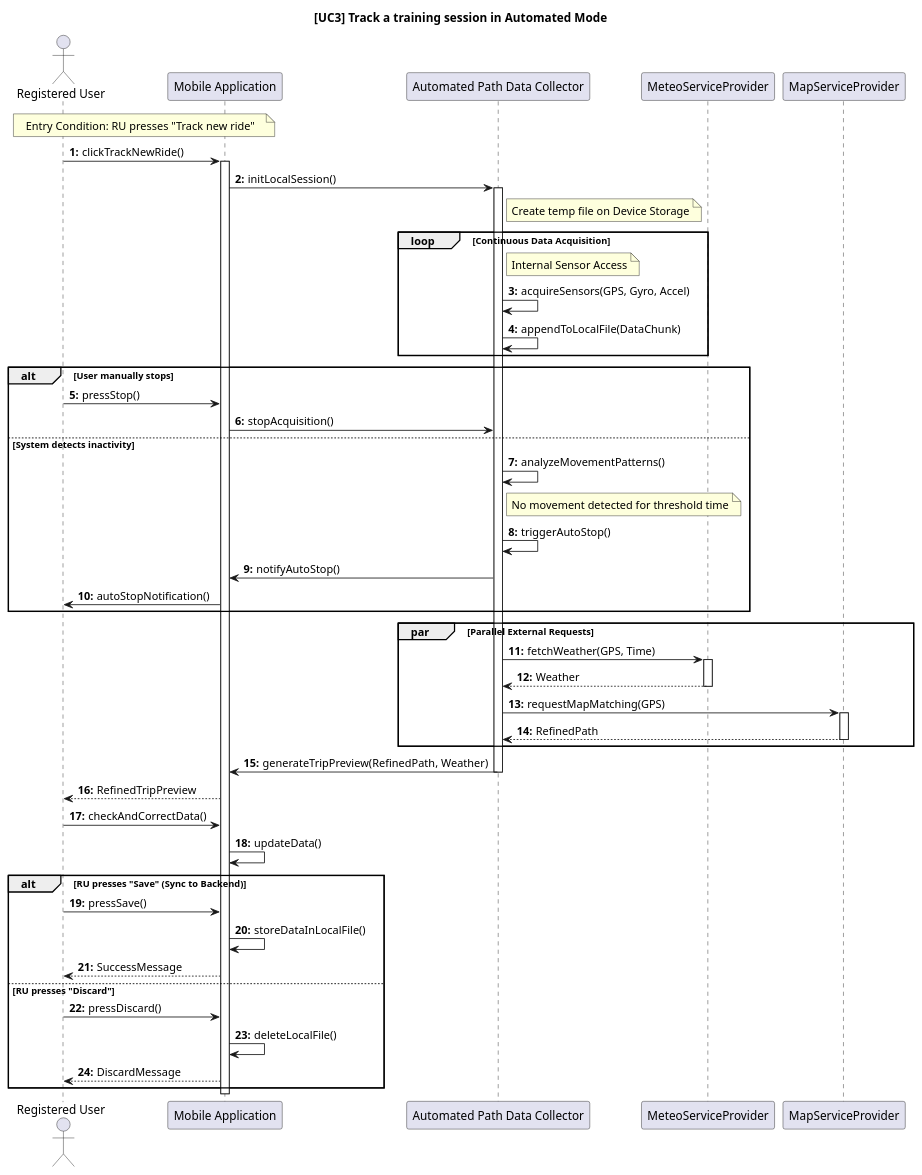
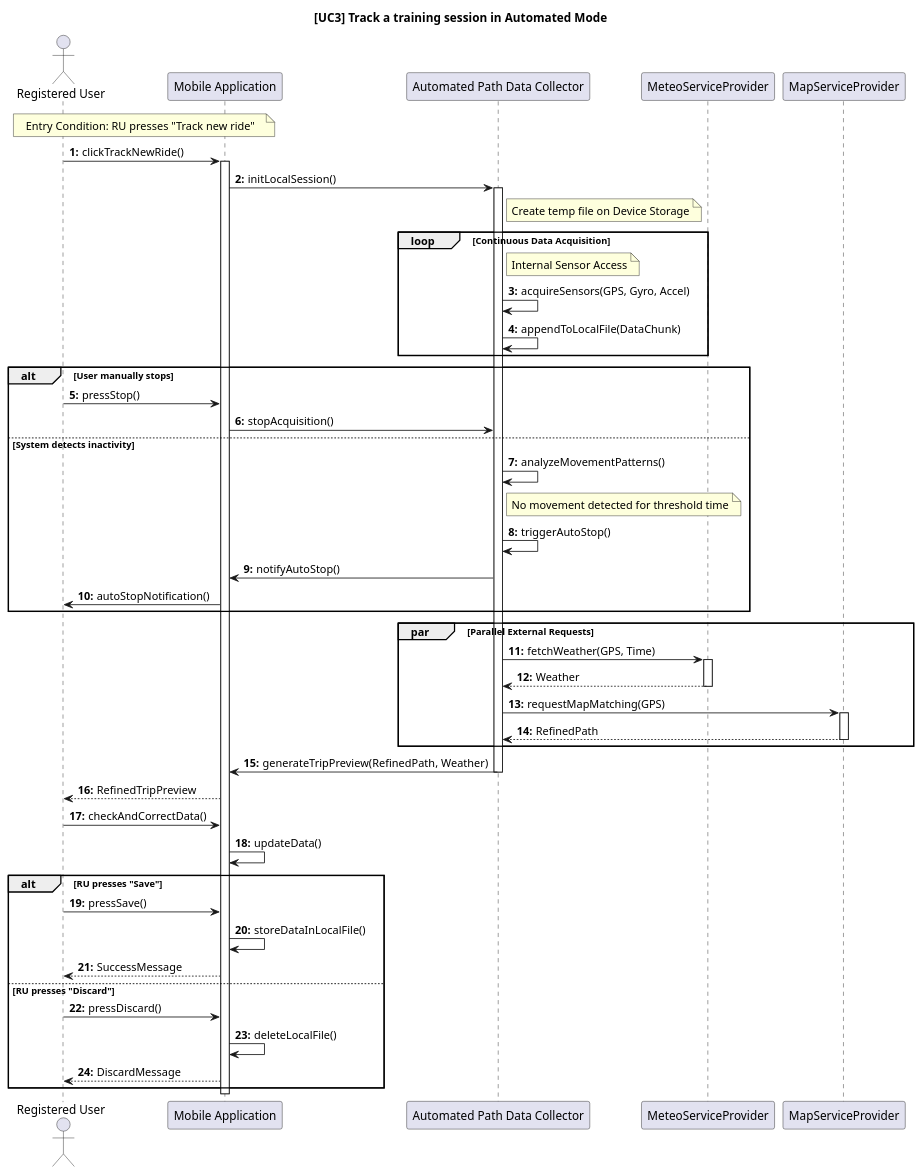
Before and after one commit to ilevinci/RubinoUvinsiVinciguerra: the diagram in DD/sequencediagrams/usecase3.puml, drawn with PlantUML. The commit also changed 8 other files, not shown here.

Commit message:
minor changes to sequence diagram comments

```diff
--- a/DD/sequencediagrams/usecase3.puml
+++ b/DD/sequencediagrams/usecase3.puml
@@ -1,99 +1,76 @@
 @startuml UC3_TrackAutomatedRide_Final
 autonumber "<b>0:"
 title [UC3] Track a training session in Automated Mode
 
-' =======================================================
-' COMPONENT DEFINITION
-' =======================================================
 actor "Registered User" as RU
 participant "Mobile Application" as Client
 participant "Automated Path Data Collector" as APDC
 
-' Servizi Esterni (Chiamati direttamente dal Client)
 participant "MeteoServiceProvider" as Meteo
 participant "MapServiceProvider" as Map
 
-' =======================================================
-' ENTRY CONDITION
-' =======================================================
+' entry condition
 note over RU, Client: Entry Condition: RU presses "Track new ride"
 
-' =======================================================
-' (a) START TRACKING
-' =======================================================
 RU -> Client: clickTrackNewRide()
 activate Client
 
 Client -> APDC: initLocalSession()
 note right of APDC: Create temp file on Device Storage
 
-' =======================================================
-' (b), (c) LOCAL ACQUISITION LOOP
-' =======================================================
 activate APDC
 loop Continuous Data Acquisition
     note right of APDC: Internal Sensor Access
     APDC -> APDC: acquireSensors(GPS, Gyro, Accel)
     APDC -> APDC: appendToLocalFile(DataChunk)
 end
 
-' =======================================================
-' (d) DETECT END OF ACTIVITY
-' =======================================================
 alt User manually stops
     RU -> Client: pressStop()
     Client -> APDC: stopAcquisition()
 else System detects inactivity
     APDC -> APDC: analyzeMovementPatterns()
     note right of APDC: No movement detected for threshold time
     APDC -> APDC: triggerAutoStop()
     APDC -> Client: notifyAutoStop()
     Client -> RU: autoStopNotification()
 end
 
-' =======================================================
-' EXTERNAL REFINEMENT (Smart Client)
-' =======================================================
-'note right of Client: Client acts as Orchestrator
 
 ' Chiamate dirette dal Client ai Servizi Esterni
 par Parallel External Requests
     ' Meteo
     APDC -> Meteo: fetchWeather(GPS, Time)
     activate Meteo
     Meteo --> APDC: Weather
     deactivate Meteo
     
     ' Map Matching
     APDC -> Map: requestMapMatching(GPS)
     activate Map
     Map --> APDC: RefinedPath
     deactivate Map
 end par
 
 ' Generazione Preview Locale
 APDC -> Client: generateTripPreview(RefinedPath, Weather)
-deactivate
+deactivate APDC
 Client --> RU: RefinedTripPreview
 
-' (f) USER VALIDATION
 RU -> Client: checkAndCorrectData()
 Client -> Client: updateData()
 
-' =======================================================
-' EXIT CONDITION: SAVE OR DISCARD
-' =======================================================
-alt RU presses "Save" (Sync to Backend)
+alt RU presses "Save"
     RU -> Client: pressSave()
     
     Client -> Client: storeDataInLocalFile()
     Client --> RU: SuccessMessage
 
 else RU presses "Discard"
     RU -> Client: pressDiscard()
     Client -> Client: deleteLocalFile()
     Client --> RU: DiscardMessage
 end
 
 deactivate Client
 @enduml
```
